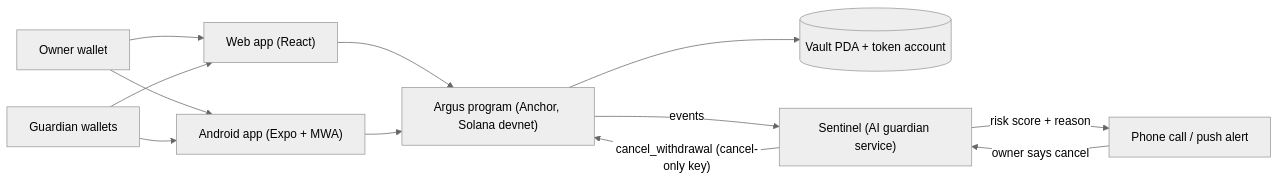
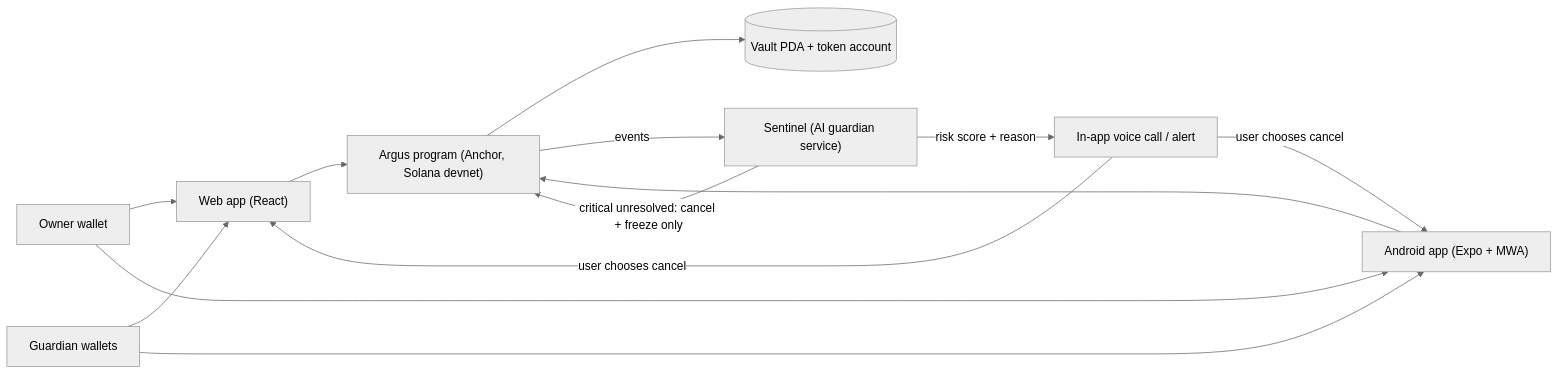
One commit to ELLA0VICTOR/argus changed the diagram in README.md. Above: the diagram before and after it, drawn with Mermaid (neutral theme). The commit also changed other lines of this file and 36 other files, not shown here.

````diff
--- a/README.md
+++ b/README.md
@@ -97,14 +98,15 @@
 ```mermaid
 flowchart LR
     Owner["Owner wallet"] --> Web["Web app (React)"]
     Owner --> Mobile["Android app (Expo + MWA)"]
     Guardians["Guardian wallets"] --> Web
     Guardians --> Mobile
     Web --> Program["Argus program (Anchor, Solana devnet)"]
     Mobile --> Program
     Program --> Vault[("Vault PDA + token account")]
     Program -- events --> Sentinel["Sentinel (AI guardian service)"]
-    Sentinel -- risk score + reason --> Call["Phone call / push alert"]
-    Call -- "owner says cancel" --> Sentinel
-    Sentinel -- "cancel_withdrawal (cancel-only key)" --> Program
+    Sentinel -- risk score + reason --> Call["In-app voice call / alert"]
+    Call -- "user chooses cancel" --> Web
+    Call -- "user chooses cancel" --> Mobile
+    Sentinel -- "critical unresolved: cancel + freeze only" --> Program
 ```
````
